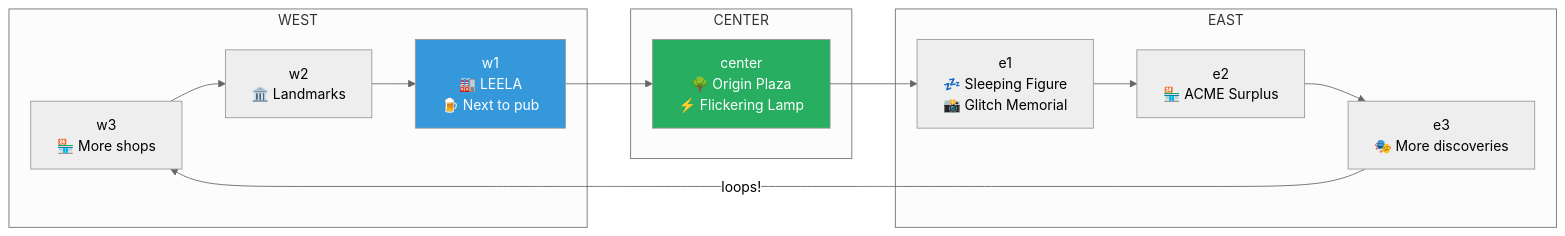
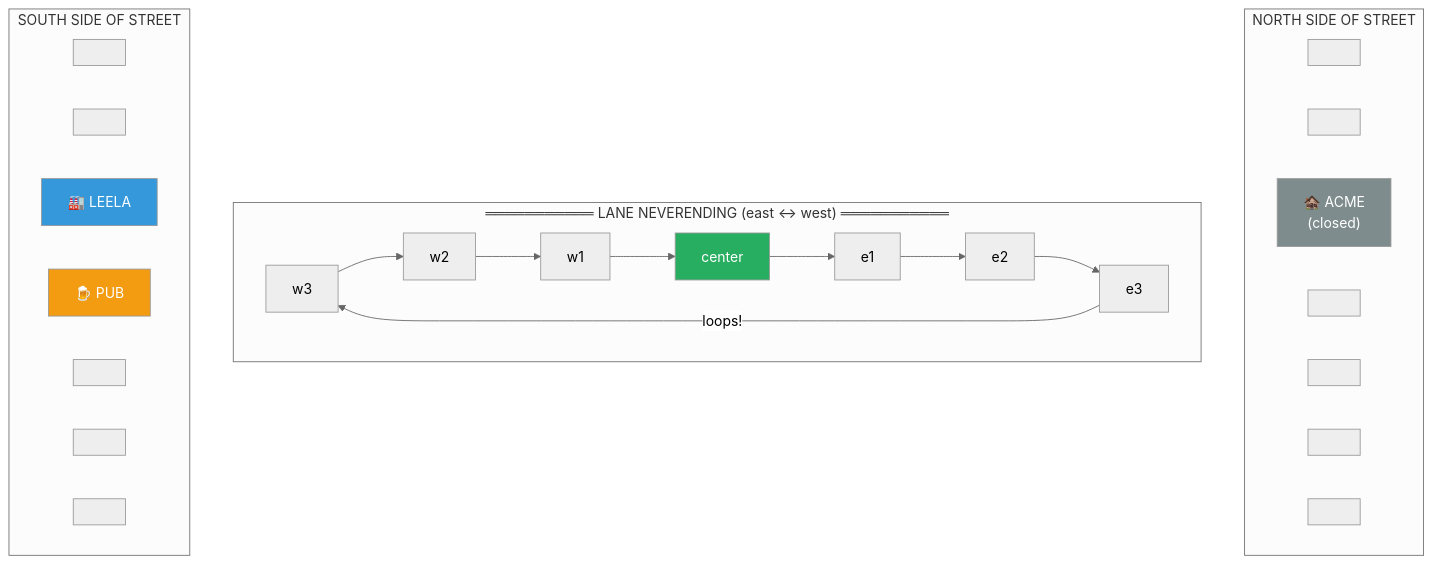
Before and after one commit to SimHacker/moollm: the first of 6 diagrams in examples/adventure-4/street/lane-neverending/README.md, drawn with Mermaid (neutral theme). The commit also changed other lines of this file and 6 other files, not shown here.

First line of the commit message:
Fix street layout: North/South building placement

````diff
--- a/examples/adventure-4/street/lane-neverending/README.md
+++ b/examples/adventure-4/street/lane-neverending/README.md
@@ -13,24 +13,32 @@
 ```mermaid
-flowchart LR
-    subgraph West["WEST"]
-        W3["w3\n🏪 More shops"]
-        W2["w2\n🏛️ Landmarks"]
-        W1["w1\n🏭 LEELA\n🍺 Next to pub"]
+flowchart TB
+    subgraph NorthSide["NORTH SIDE OF STREET"]
+        N_W3["     "]
+        N_W2["     "]
+        N_W1["🏚️ ACME\n(closed)"]
+        N_C["     "]
+        N_E1["     "]
+        N_E2["     "]
+        N_E3["     "]
     end
     
-    subgraph Center["CENTER"]
-        C["center\n🌳 Origin Plaza\n⚡ Flickering Lamp"]
+    subgraph Street["═══════════ LANE NEVERENDING (east ↔ west) ═══════════"]
+        W3["w3"] --> W2["w2"] --> W1["w1"] --> C["center"] --> E1["e1"] --> E2["e2"] --> E3["e3"]
+        E3 --> |"loops!"| W3
     end
     
-    subgraph East["EAST"]
-        E1["e1\n💤 Sleeping Figure\n📸 Glitch Memorial"]
-        E2["e2\n🏪 ACME Surplus"]
-        E3["e3\n🎭 More discoveries"]
+    subgraph SouthSide["SOUTH SIDE OF STREET"]
+        S_W3["     "]
+        S_W2["     "]
+        S_W1["🏭 LEELA"]
+        S_C["🍺 PUB"]
+        S_E1["     "]
+        S_E2["     "]
+        S_E3["     "]
     end
-    
-    W3 --> W2 --> W1 --> C --> E1 --> E2 --> E3
-    E3 --> |"loops!"| W3
 
+    style N_W1 fill:#7f8c8d,color:#fff
+    style S_W1 fill:#3498db,color:#fff
+    style S_C fill:#f39c12,color:#fff
     style C fill:#27ae60,color:#fff
-    style W1 fill:#3498db,color:#fff
 ```
````
